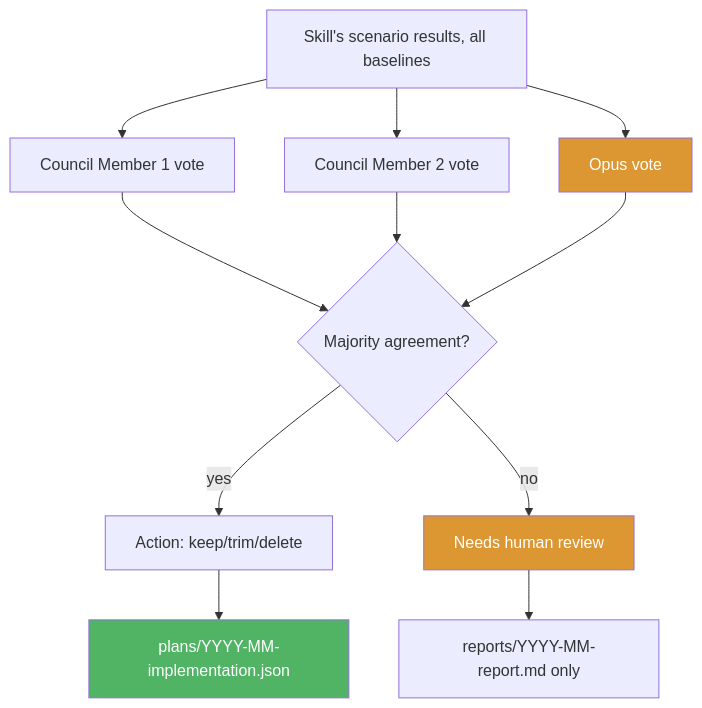
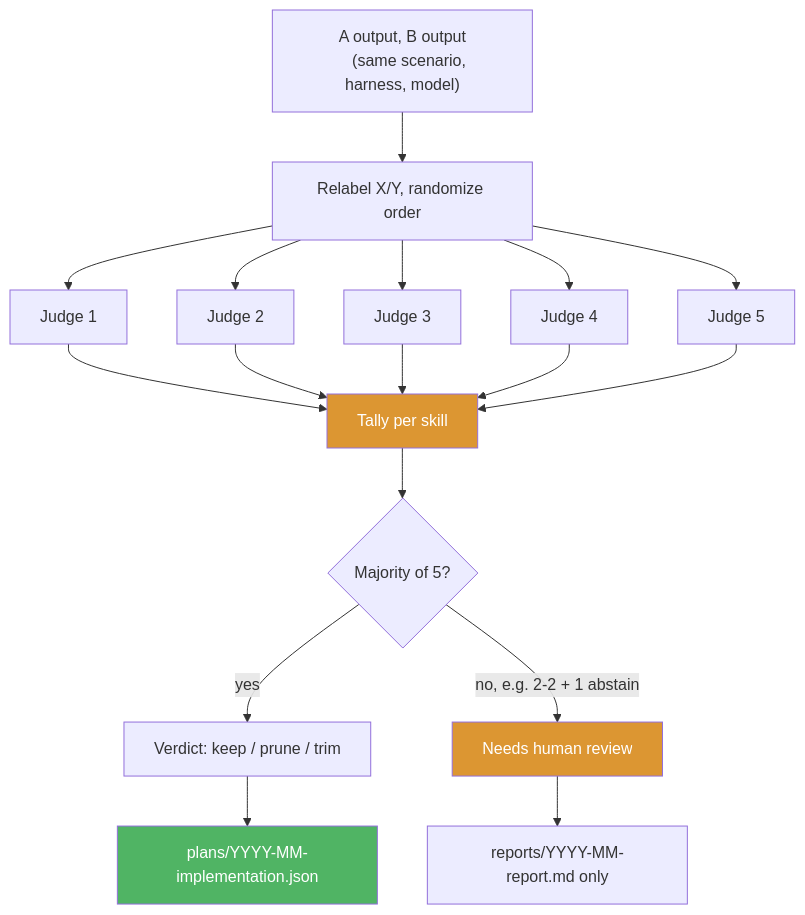
One commit to aws-solutions/konductor changed the fourth of 4 diagrams in .konductor/designs/benchmarking/design.md. Above: the diagram before and after it, drawn with Mermaid. The commit also changed other lines of this file, not shown here.

````diff
--- a/.konductor/designs/benchmarking/design.md
+++ b/.konductor/designs/benchmarking/design.md
@@ -156,17 +140,24 @@
 ```mermaid
 flowchart TD
-    A[Skill's scenario results, all baselines] --> B[Council Member 1 vote]
-    A --> C[Council Member 2 vote]
-    A --> D[Opus vote]
-    B --> E{Majority agreement?}
-    C --> E
-    D --> E
-    E -->|yes| F[Action: keep/trim/delete]
-    E -->|no| G[Needs human review]
-    F --> H[plans/YYYY-MM-implementation.json]
-    G --> I[reports/YYYY-MM-report.md only]
+    A["A output, B output
+    (same scenario, harness, model)"] --> R[Relabel X/Y, randomize order]
+    R --> J1[Judge 1]
+    R --> J2[Judge 2]
+    R --> J3[Judge 3]
+    R --> J4[Judge 4]
+    R --> J5[Judge 5]
+    J1 --> V[Tally per skill]
+    J2 --> V
+    J3 --> V
+    J4 --> V
+    J5 --> V
+    V --> M{Majority of 5?}
+    M -->|yes| K[Verdict: keep / prune / trim]
+    M -->|no, e.g. 2-2 + 1 abstain| H[Needs human review]
+    K --> P[plans/YYYY-MM-implementation.json]
+    H --> Rp[reports/YYYY-MM-report.md only]
 
-    style D fill:#dc9632,color:#fff
-    style G fill:#dc9632,color:#fff
-    style H fill:#50b464,color:#fff
+    style V fill:#dc9632,color:#fff
+    style H fill:#dc9632,color:#fff
+    style P fill:#50b464,color:#fff
 ```
````
